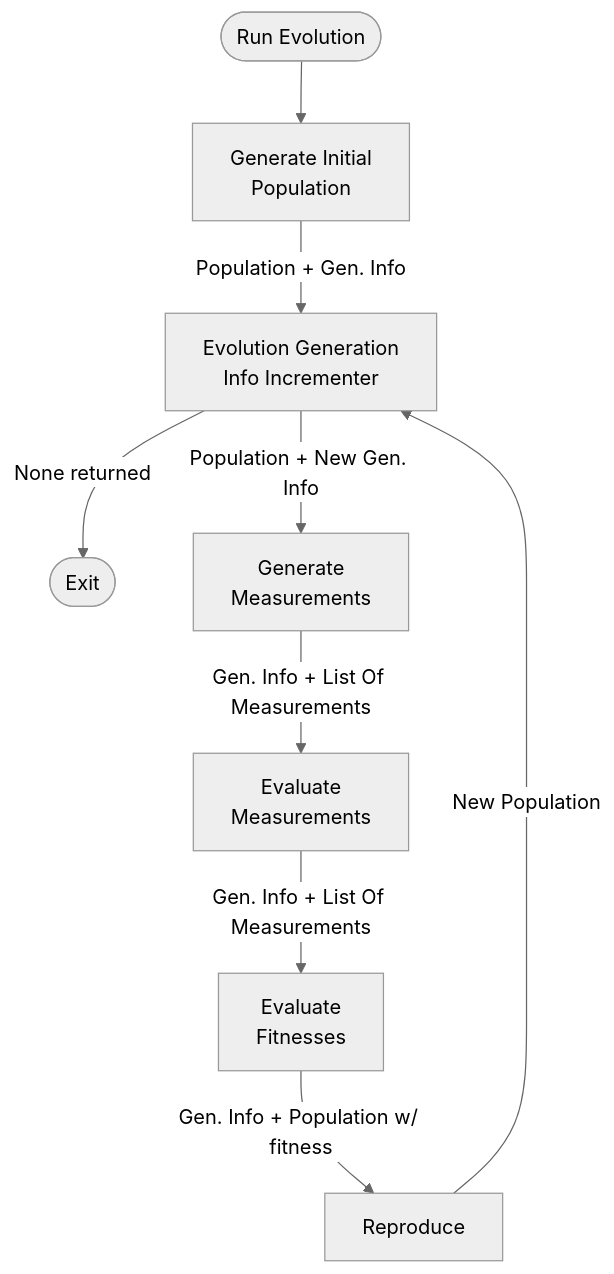
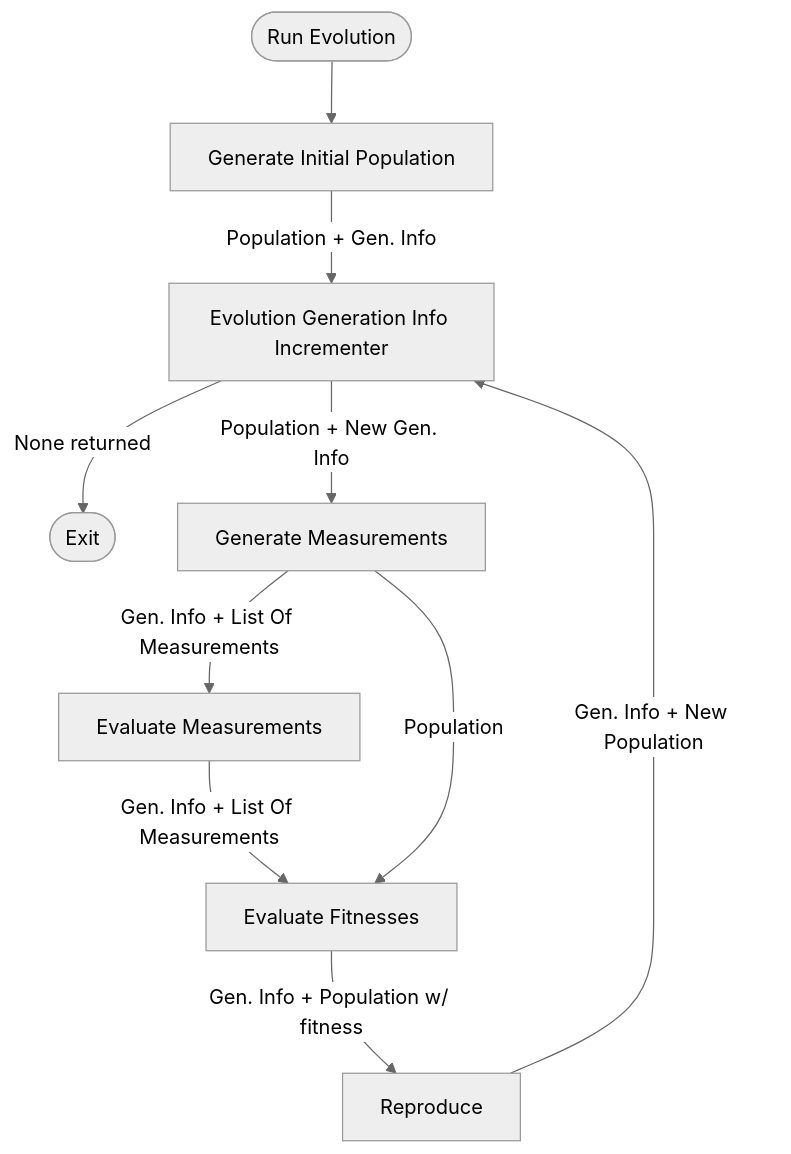
Before and after one commit to evolvablehardware/BitstreamEvolution: the eighth of 22 diagrams in dev/_sources/architecture/index.rst, drawn with Mermaid (neutral theme). The commit also changed other lines of this file and 102 other files, not shown here.

```diff
--- a/dev/_sources/architecture/index.rst
+++ b/dev/_sources/architecture/index.rst
@@ -155,11 +235,12 @@
 .. mermaid::
 
    flowchart TD
-       A([Run Evolution]) --> B["Generate Initial\nPopulation"]
-       B -->|"Population + Gen. Info"| C["Evolution Generation\nInfo Incrementer"]
+       A([Run Evolution]) --> B["Generate Initial Population"]
+       B -->|"Population + Gen. Info"| C["Evolution Generation Info Incrementer"]
        C -->|"None returned"| X([Exit])
-       C -->|"Population + New Gen. Info"| D["Generate\nMeasurements"]
-       D -->|"Gen. Info + List Of Measurements"| E["Evaluate\nMeasurements"]
-       E -->|"Gen. Info + List Of Measurements"| F["Evaluate\nFitnesses"]
+       C -->|"Population + New Gen. Info"| D["Generate Measurements"]
+       D -->|"Gen. Info + List Of Measurements"| E["Evaluate Measurements"]
+       E -->|"Gen. Info + List Of Measurements"| F["Evaluate Fitnesses"]
+       D -->|"Population"| F
        F -->|"Gen. Info + Population w/ fitness"| G["Reproduce"]
-       G -->|"New Population"| C
+       G -->|"Gen. Info + New Population"| C
```
